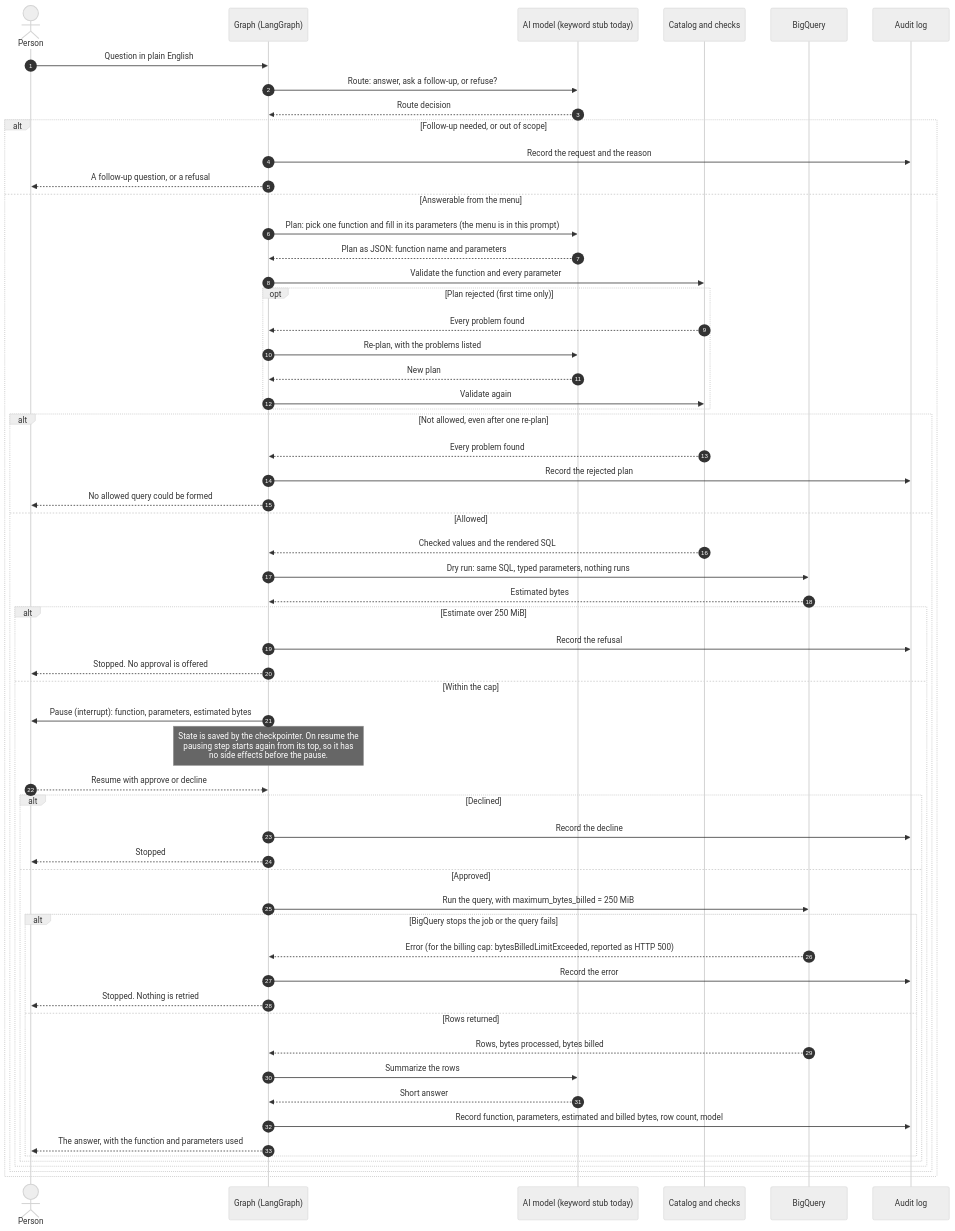
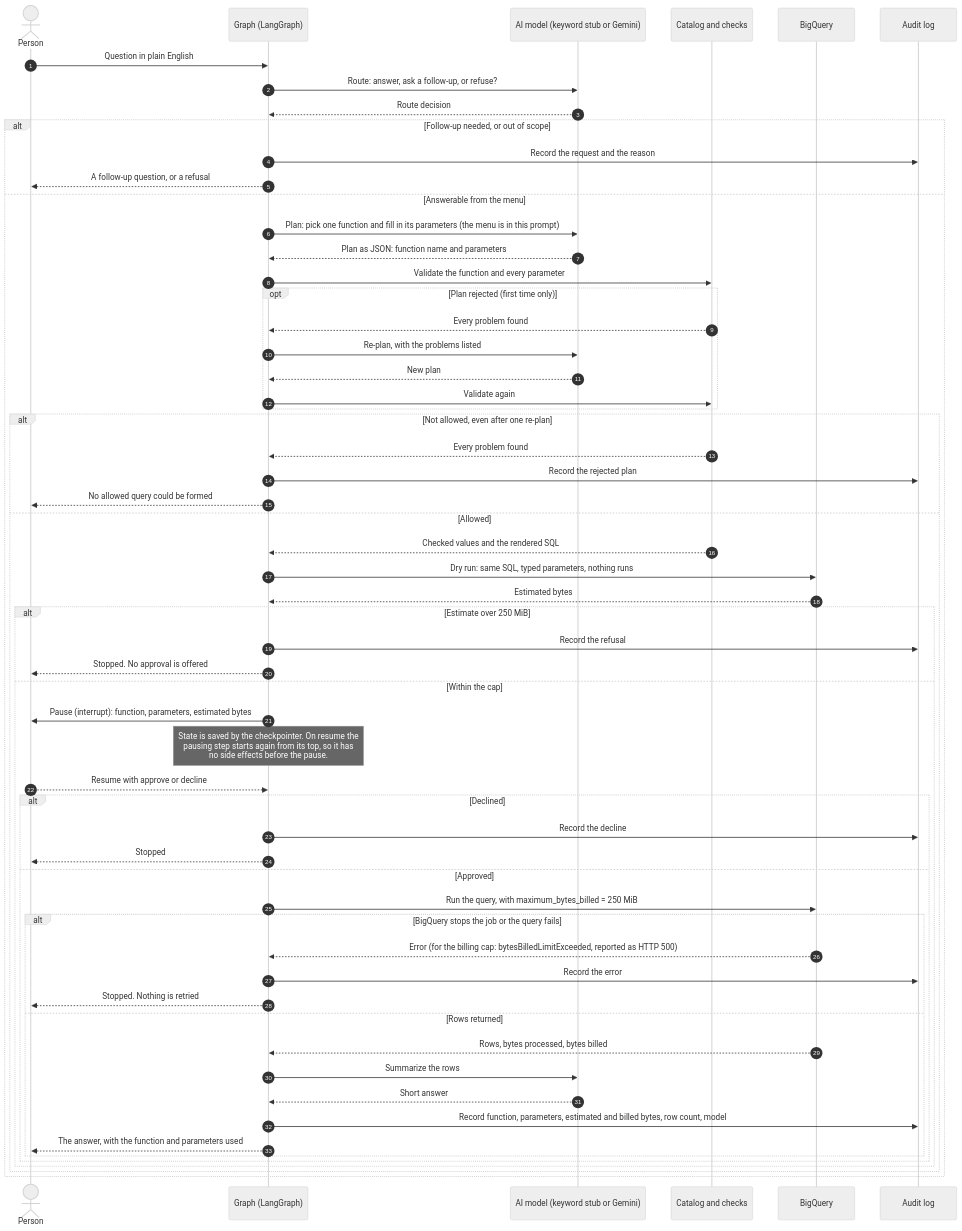
One commit to sandeepkesarkar/bq-query-agent changed the second of 3 diagrams in README.md. Above: the diagram before and after it, drawn with Mermaid (neutral theme). The commit also changed other lines of this file and 16 other files, not shown here.

Commit message:
Add the Gemini adapter, catalog plan schema and prompt hardening

````diff
--- a/README.md
+++ b/README.md
@@ -93,67 +95,67 @@
 ```mermaid
 sequenceDiagram
     autonumber
     actor P as Person
     participant G as Graph (LangGraph)
-    participant M as AI model (keyword stub today)
+    participant M as AI model (keyword stub or Gemini)
     participant C as Catalog and checks
     participant B as BigQuery
     participant L as Audit log
 
     P->>G: Question in plain English
     G->>M: Route: answer, ask a follow-up, or refuse?
     M-->>G: Route decision
 
     alt Follow-up needed, or out of scope
         G->>L: Record the request and the reason
         G-->>P: A follow-up question, or a refusal
     else Answerable from the menu
         G->>M: Plan: pick one function and fill in its parameters (the menu is in this prompt)
         M-->>G: Plan as JSON: function name and parameters
 
         G->>C: Validate the function and every parameter
         opt Plan rejected (first time only)
             C-->>G: Every problem found
             G->>M: Re-plan, with the problems listed
             M-->>G: New plan
             G->>C: Validate again
         end
 
         alt Not allowed, even after one re-plan
             C-->>G: Every problem found
             G->>L: Record the rejected plan
             G-->>P: No allowed query could be formed
         else Allowed
             C-->>G: Checked values and the rendered SQL
             G->>B: Dry run: same SQL, typed parameters, nothing runs
             B-->>G: Estimated bytes
 
             alt Estimate over 250 MiB
                 G->>L: Record the refusal
                 G-->>P: Stopped. No approval is offered
             else Within the cap
                 G->>P: Pause (interrupt): function, parameters, estimated bytes
                 Note over G: State is saved by the checkpointer. On resume the<br/>pausing step starts again from its top, so it has<br/>no side effects before the pause.
                 P-->>G: Resume with approve or decline
 
                 alt Declined
                     G->>L: Record the decline
                     G-->>P: Stopped
                 else Approved
                     G->>B: Run the query, with maximum_bytes_billed = 250 MiB
                     alt BigQuery stops the job or the query fails
                         B-->>G: Error (for the billing cap: bytesBilledLimitExceeded, reported as HTTP 500)
                         G->>L: Record the error
                         G-->>P: Stopped. Nothing is retried
                     else Rows returned
                         B-->>G: Rows, bytes processed, bytes billed
                         G->>M: Summarize the rows
                         M-->>G: Short answer
                         G->>L: Record function, parameters, estimated and billed bytes, row count, model
                         G-->>P: The answer, with the function and parameters used
                     end
                 end
             end
         end
     end
 ```
````
